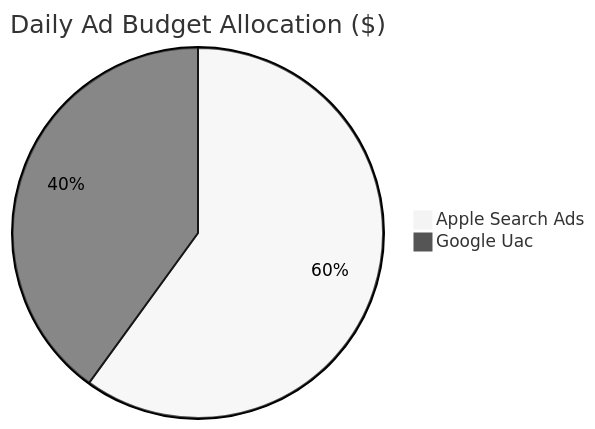
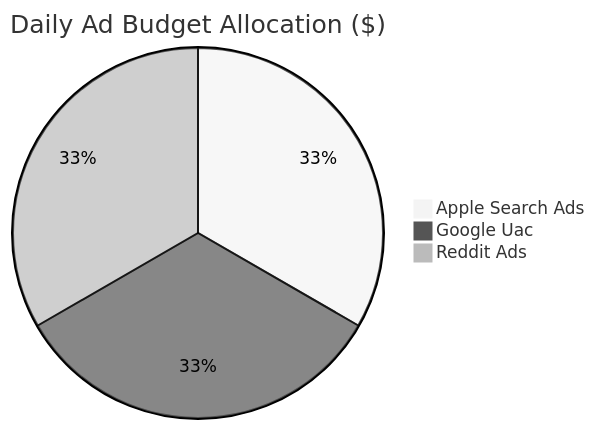
Before and after one commit to IgorGanapolsky/Random-Timer: the first of 3 diagrams in wiki/Daily-Metrics-Dashboard.md, drawn with Mermaid (neutral theme). The commit also changed other lines of this file and 14 other files, not shown here.

````diff
--- a/wiki/Daily-Metrics-Dashboard.md
+++ b/wiki/Daily-Metrics-Dashboard.md
@@ -106,5 +116,6 @@
 ```mermaid
 pie title Daily Ad Budget Allocation ($)
-    "Apple Search Ads" : 6.0
-    "Google Uac" : 4.0
+    "Apple Search Ads" : 10.0
+    "Google Uac" : 10.0
+    "Reddit Ads" : 10.0
 ```
````
